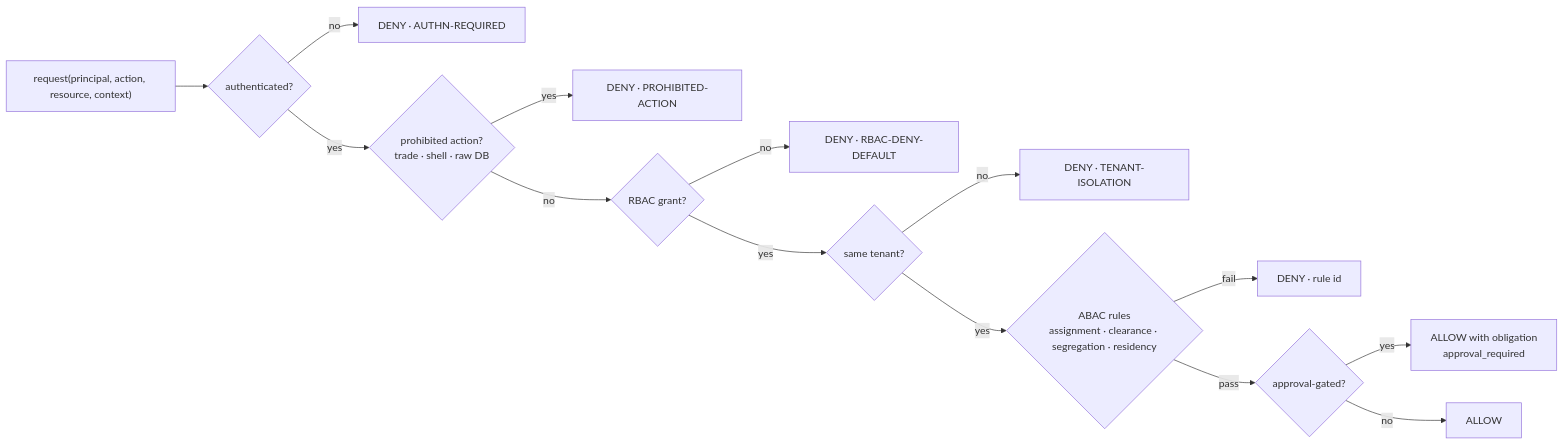
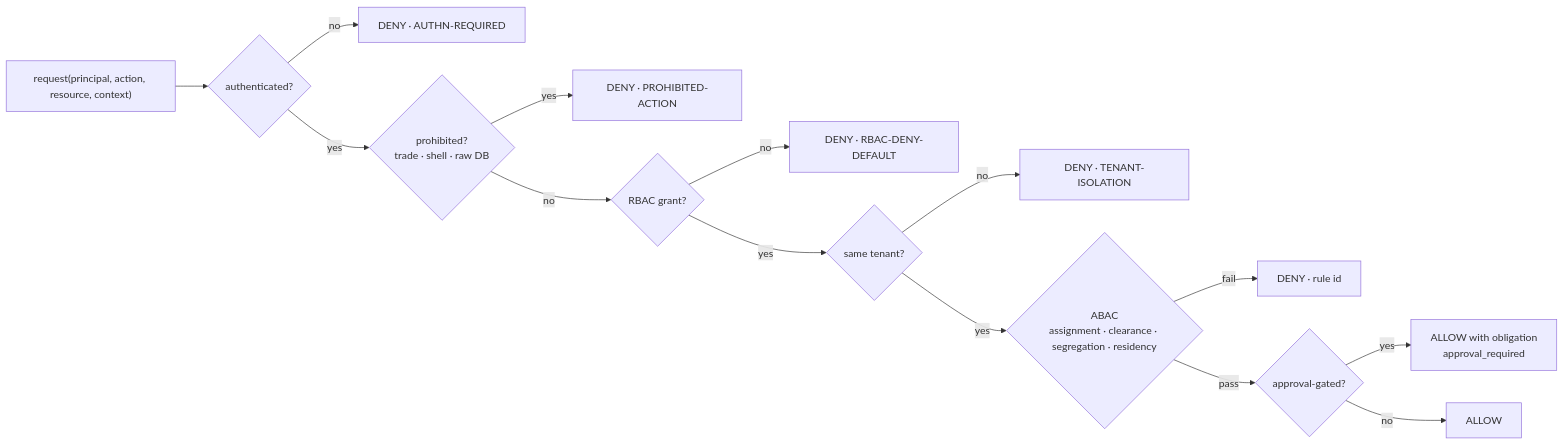
The fifth of 7 diagrams in flo-enterprise/README.md (florina787/Data-sets), drawn with Mermaid before and after one commit. The commit also changed other lines of this file and 67 other files, not shown here.

````diff
--- a/flo-enterprise/README.md
+++ b/flo-enterprise/README.md
@@ -423,16 +328,16 @@
 ```mermaid
 flowchart LR
   REQ["request(principal, action, resource, context)"] --> A{authenticated?}
   A -- no --> D1["DENY · AUTHN-REQUIRED"]
-  A -- yes --> B{prohibited action?<br/>trade · shell · raw DB}
+  A -- yes --> B{prohibited?<br/>trade · shell · raw DB}
   B -- yes --> D2["DENY · PROHIBITED-ACTION"]
   B -- no --> C{RBAC grant?}
   C -- no --> D3["DENY · RBAC-DENY-DEFAULT"]
   C -- yes --> T{same tenant?}
   T -- no --> D4["DENY · TENANT-ISOLATION"]
-  T -- yes --> X{ABAC rules<br/>assignment · clearance · segregation · residency}
+  T -- yes --> X{ABAC<br/>assignment · clearance · segregation · residency}
   X -- fail --> D5["DENY · rule id"]
   X -- pass --> OB{approval-gated?}
   OB -- yes --> AP["ALLOW with obligation<br/>approval_required"]
   OB -- no --> OK["ALLOW"]
 ```
````
